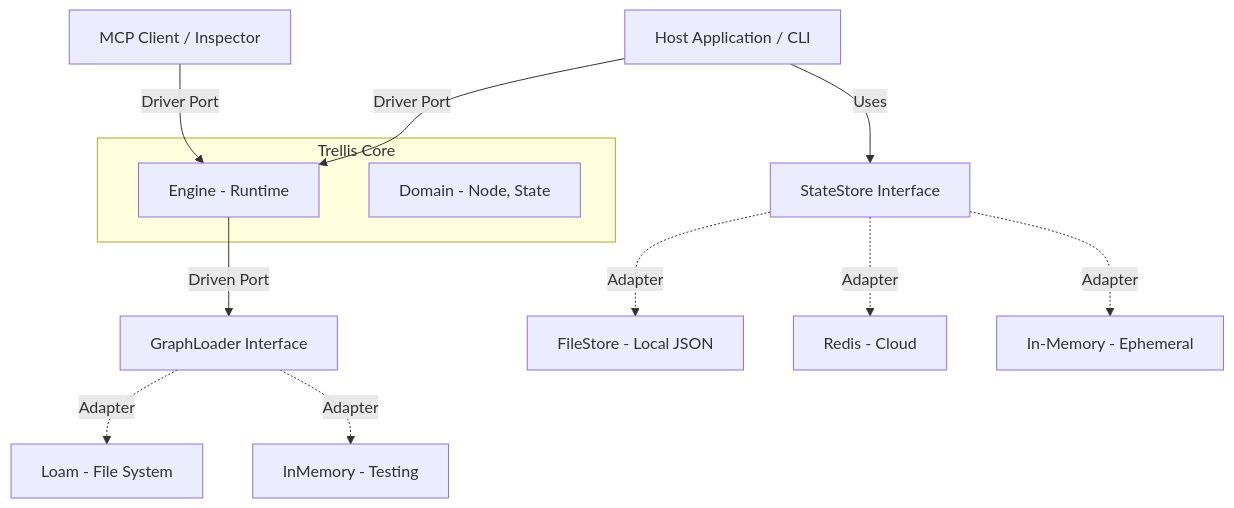
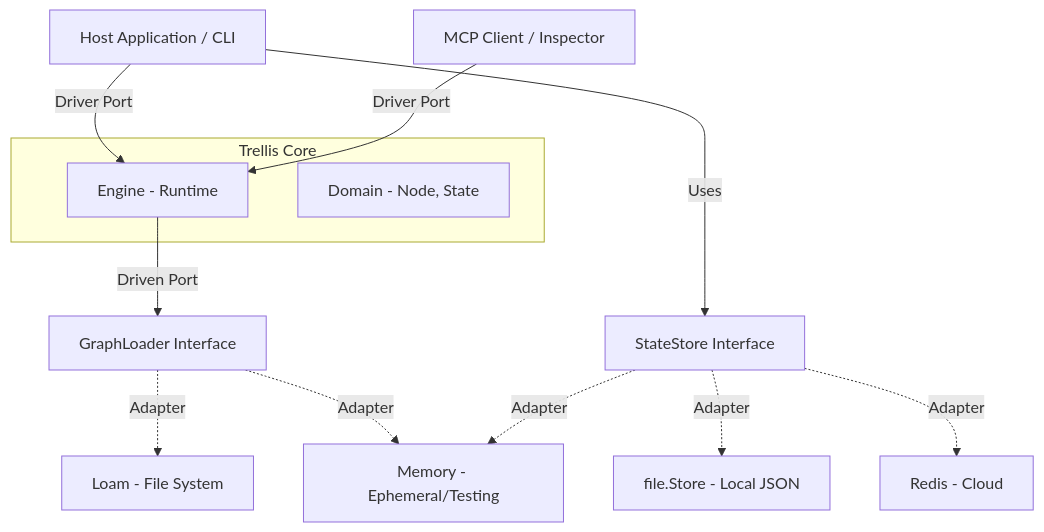
Before and after one commit to aretw0/trellis: the second of 18 diagrams in docs/TECHNICAL.md, drawn with Mermaid. The commit also changed other lines of this file and 11 other files, not shown here.

Commit message:
refactor: rename adapter structs to idiomatic names (Store/Loader) and update docs

````diff
--- a/docs/TECHNICAL.md
+++ b/docs/TECHNICAL.md
@@ -91,17 +91,17 @@
 ```mermaid
 graph TD
     Host[Host Application / CLI] -->|Driver Port| Engine
     MCP[MCP Client / Inspector] -->|Driver Port| Engine
     subgraph "Trellis Core"
         Engine[Engine - Runtime]
         Domain[Domain - Node, State]
     end
     Engine -->|Driven Port| Loader[GraphLoader Interface]
     Loader -.->|Adapter| Loam[Loam - File System]
-    Loader -.->|Adapter| Mem[InMemory - Testing]
+    Loader -.->|Adapter| Memory[Memory - Ephemeral/Testing]
     
     Host -->|Uses| Store[StateStore Interface]
-    Store -.->|Adapter| FileStore[FileStore - Local JSON]
+    Store -.->|Adapter| file.Store[file.Store - Local JSON]
     Store -.->|Adapter| Redis[Redis - Cloud]
-    Store -.->|Adapter| Memory[In-Memory - Ephemeral]
+    Store -.->|Adapter| Memory
 ```
````
